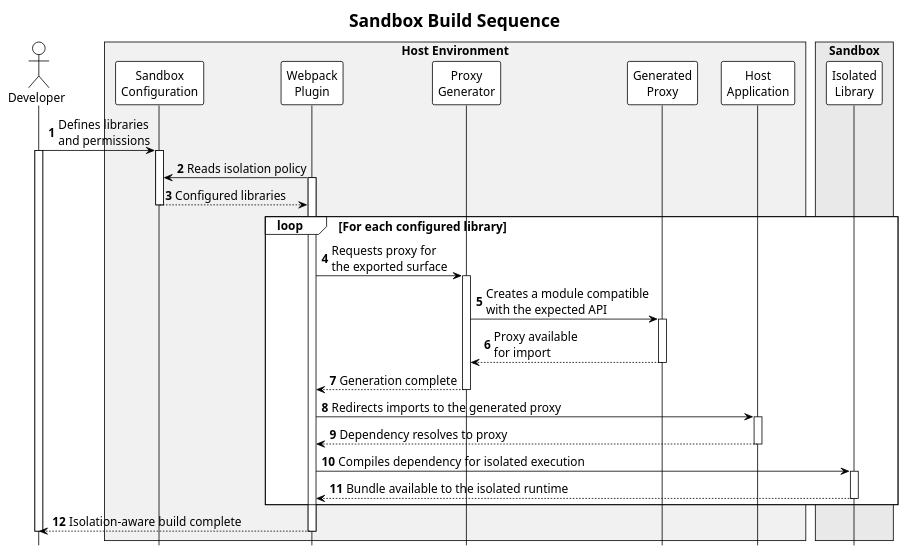
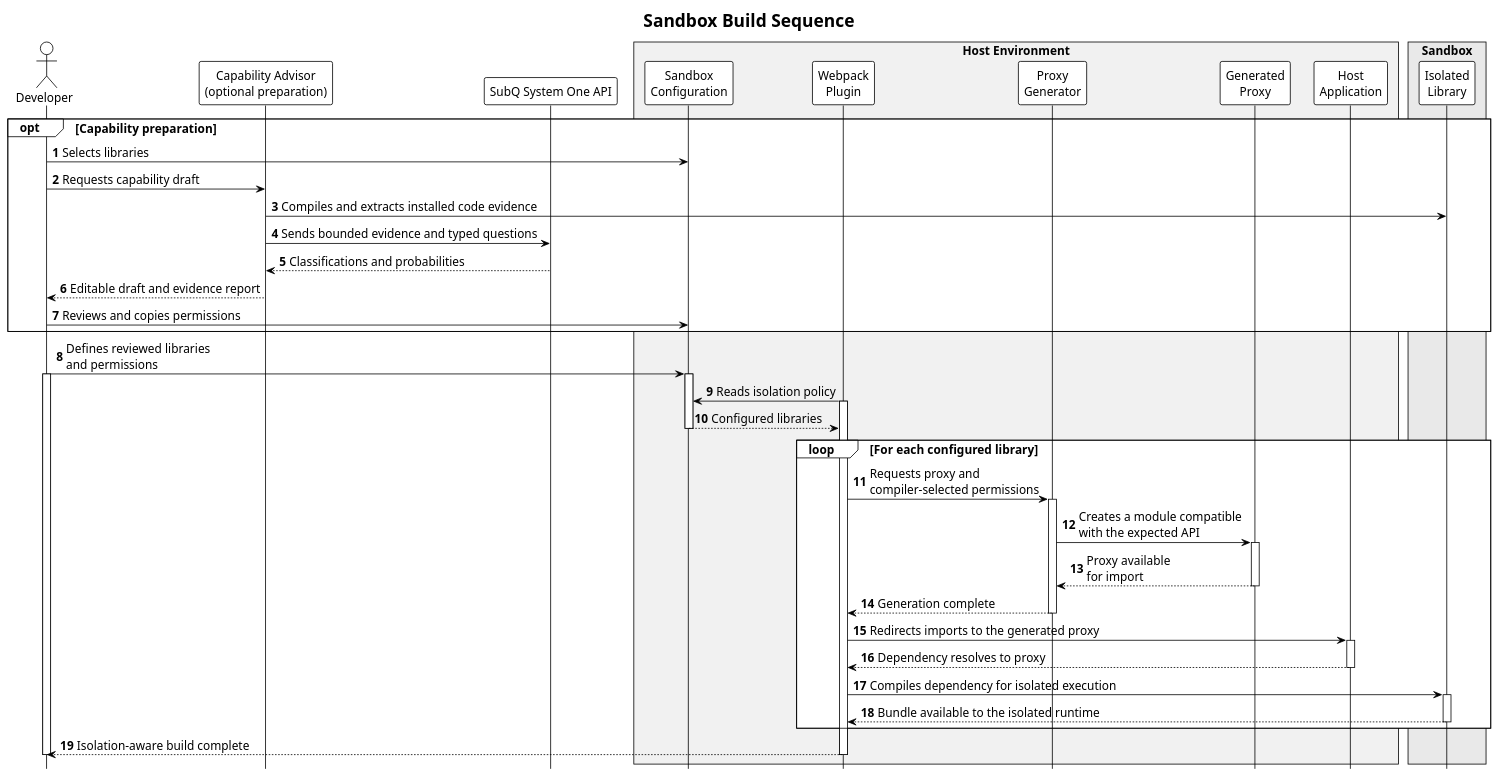
The diagram in docs/diagrams/build-time-architecture.puml (rafaeljbgomes/webpack-wasm-sandbox-plugin), drawn with PlantUML before and after one commit. The commit also changed 17 other files, not shown here.

First line of the commit message:
feat(advisor): add SubQ capability advisor for reviewable permission drafts

```diff
--- a/docs/diagrams/build-time-architecture.puml
+++ b/docs/diagrams/build-time-architecture.puml
@@ -1,57 +1,69 @@
 @startuml
 !theme plain
 autonumber
 title Sandbox Build Sequence
 hide footbox
 
 skinparam defaultFontSize 15
 
 actor "Developer" as Developer
+participant "Capability Advisor\n(optional preparation)" as Advisor
+participant "SubQ System One API" as SubQ
 
 box "Host Environment" #f1f1f1
     participant "Sandbox\nConfiguration" as Config
     participant "Webpack\nPlugin" as Plugin
     participant "Proxy\nGenerator" as Generator
     participant "Generated\nProxy" as Proxy
     participant "Host\nApplication" as HostApp
 end box
 
 box "Sandbox" #e9e9e9
     participant "Isolated\nLibrary" as Library
 end box
 
-Developer -> Config: Defines libraries\nand permissions
+opt Capability preparation
+    Developer -> Config: Selects libraries
+    Developer -> Advisor: Requests capability draft
+    Advisor -> Library: Compiles and extracts installed code evidence
+    Advisor -> SubQ: Sends bounded evidence and typed questions
+    SubQ --> Advisor: Classifications and probabilities
+    Advisor --> Developer: Editable draft and evidence report
+    Developer -> Config: Reviews and copies permissions
+end
+
+Developer -> Config: Defines reviewed libraries\nand permissions
 activate Developer
 activate Config
 Plugin -> Config: Reads isolation policy
 activate Plugin
 
 Config --> Plugin: Configured libraries
 deactivate Config
 
 loop For each configured library
-    Plugin -> Generator: Requests proxy for\nthe exported surface
+    Plugin -> Generator: Requests proxy and\ncompiler-selected permissions
     activate Generator
     Generator -> Proxy: Creates a module compatible\nwith the expected API
     activate Proxy
     Proxy --> Generator: Proxy available\nfor import
     deactivate Proxy
     Generator --> Plugin: Generation complete
     deactivate Generator
 
     Plugin -> HostApp: Redirects imports to the generated proxy
     activate HostApp
     HostApp --> Plugin: Dependency resolves to proxy
     deactivate HostApp
 
     Plugin -> Library: Compiles dependency for isolated execution
     activate Library
     Library --> Plugin: Bundle available to the isolated runtime
     deactivate Library
 end
 
 Plugin --> Developer: Isolation-aware build complete
 deactivate Plugin
 deactivate Developer
 
 @enduml
```
